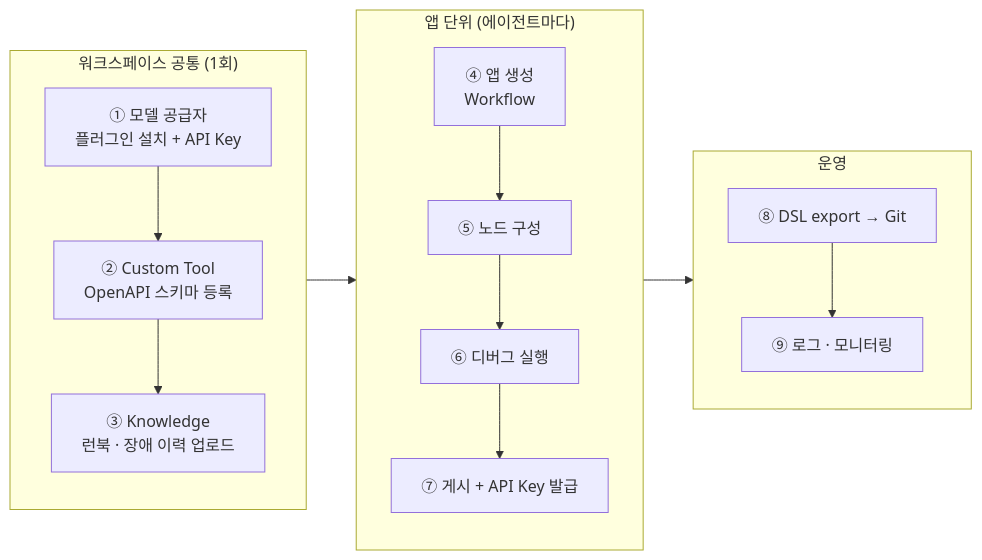
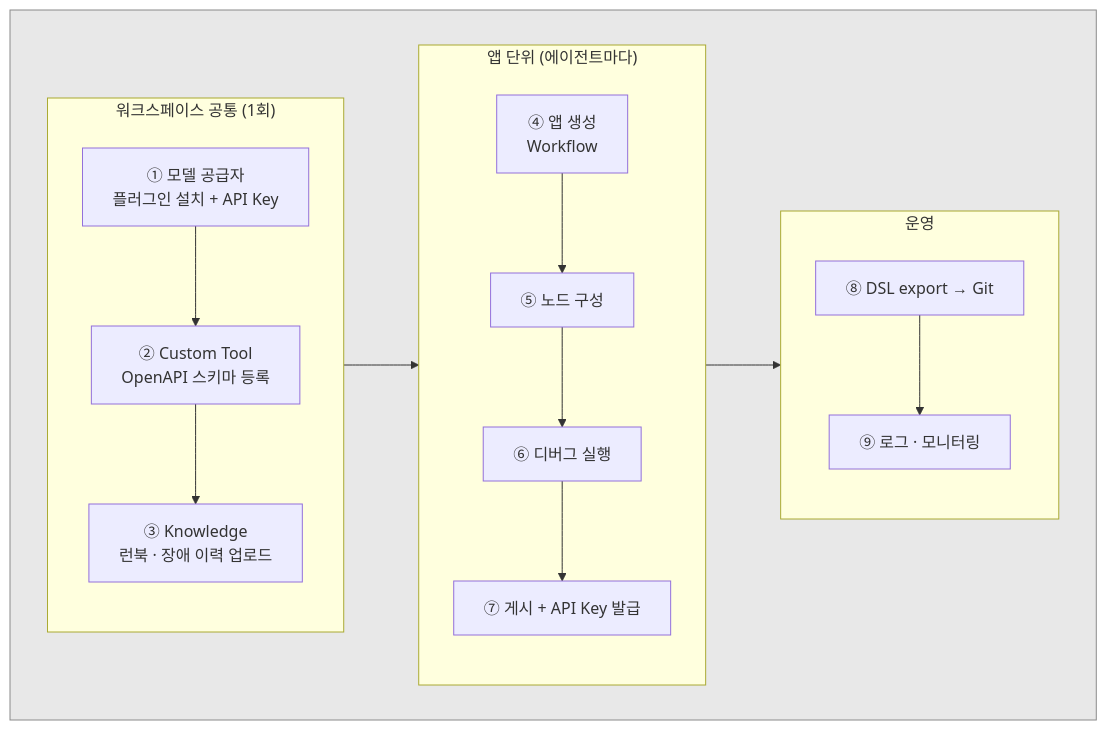
Before and after one commit to kongrtan/zt9k39pm2e: the first of 2 diagrams in docs/03_dify_agent_registration_guide.md, drawn with Mermaid. The commit also changed other lines of this file and 3 other files, not shown here.

````diff
--- a/docs/03_dify_agent_registration_guide.md
+++ b/docs/03_dify_agent_registration_guide.md
@@ -13,19 +13,23 @@
 ```mermaid
 flowchart LR
-    subgraph WS["워크스페이스 공통 (1회)"]
-        direction TB
-        S1["① 모델 공급자<br/>플러그인 설치 + API Key"] --> S2["② Custom Tool<br/>OpenAPI 스키마 등록"]
-        S2 --> S3["③ Knowledge<br/>런북 · 장애 이력 업로드"]
+    subgraph BG[" "]
+        direction LR
+        subgraph WS["워크스페이스 공통 (1회)"]
+            direction TB
+            S1["① 모델 공급자<br/>플러그인 설치 + API Key"] --> S2["② Custom Tool<br/>OpenAPI 스키마 등록"]
+            S2 --> S3["③ Knowledge<br/>런북 · 장애 이력 업로드"]
+        end
+        subgraph APP["앱 단위 (에이전트마다)"]
+            direction TB
+            S4["④ 앱 생성<br/>Workflow"] --> S5["⑤ 노드 구성"]
+            S5 --> S6["⑥ 디버그 실행"]
+            S6 --> S7["⑦ 게시 + API Key 발급"]
+        end
+        subgraph OPS["운영"]
+            direction TB
+            S8["⑧ DSL export → Git"] --> S9["⑨ 로그 · 모니터링"]
+        end
+        WS --> APP --> OPS
     end
-    subgraph APP["앱 단위 (에이전트마다)"]
-        direction TB
-        S4["④ 앱 생성<br/>Workflow"] --> S5["⑤ 노드 구성"]
-        S5 --> S6["⑥ 디버그 실행"]
-        S6 --> S7["⑦ 게시 + API Key 발급"]
-    end
-    subgraph OPS["운영"]
-        direction TB
-        S8["⑧ DSL export → Git"] --> S9["⑨ 로그 · 모니터링"]
-    end
-    WS --> APP --> OPS
+    style BG fill:#8080802e,stroke:#8a8a8a
 ```
````
